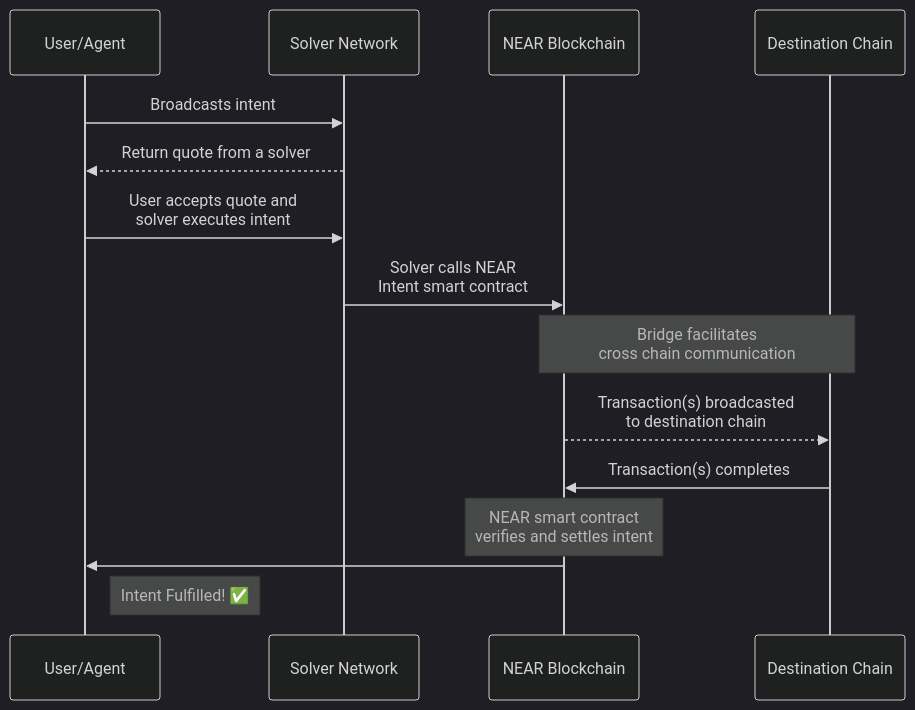
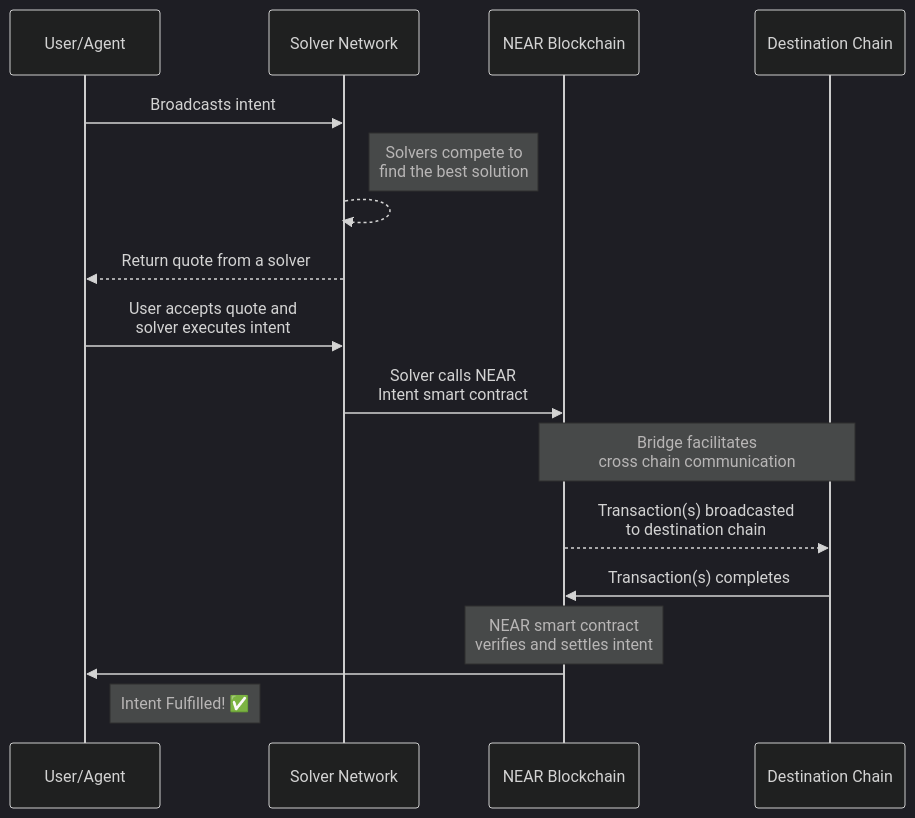
Before and after one commit to near/docs: the diagram in docs/1.concepts/intents/overview.md, drawn with Mermaid (dark theme). The commit also changed other lines of this file, not shown here.

Commit message:
fix: update how it works and add solver compete to diagram

````diff
--- a/docs/1.concepts/intents/overview.md
+++ b/docs/1.concepts/intents/overview.md
@@ -39,20 +28,22 @@
 ```mermaid
 sequenceDiagram
     participant User/Agent
     participant Solver Network
     participant NEAR Blockchain
     participant Destination Chain
 
     User/Agent->>Solver Network: Broadcasts intent
+    note right of Solver Network: Solvers compete to <br> find the best solution
+    Solver Network-->>Solver Network: 
     Solver Network-->>User/Agent: Return quote from a solver
     User/Agent->>Solver Network: User accepts quote and <br> solver executes intent
     Solver Network->>NEAR Blockchain: Solver calls NEAR <br> Intent smart contract
     note over NEAR Blockchain, Destination Chain: Bridge facilitates <br> cross chain communication
     NEAR Blockchain-->>Destination Chain: Transaction(s) broadcasted <br> to destination chain
 
 
     Destination Chain->>NEAR Blockchain: Transaction(s) completes
     note over NEAR Blockchain: NEAR smart contract <br> verifies and settles intent
     NEAR Blockchain->>User/Agent: 
     note right of User/Agent: Intent Fulfilled! ✅
 ```
````
